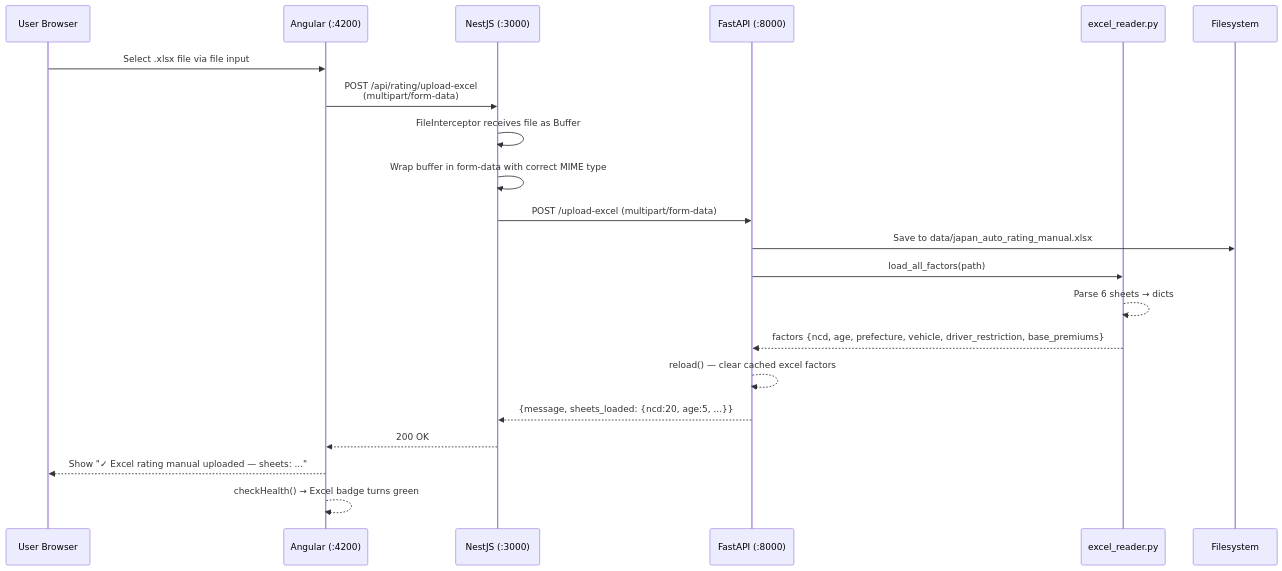
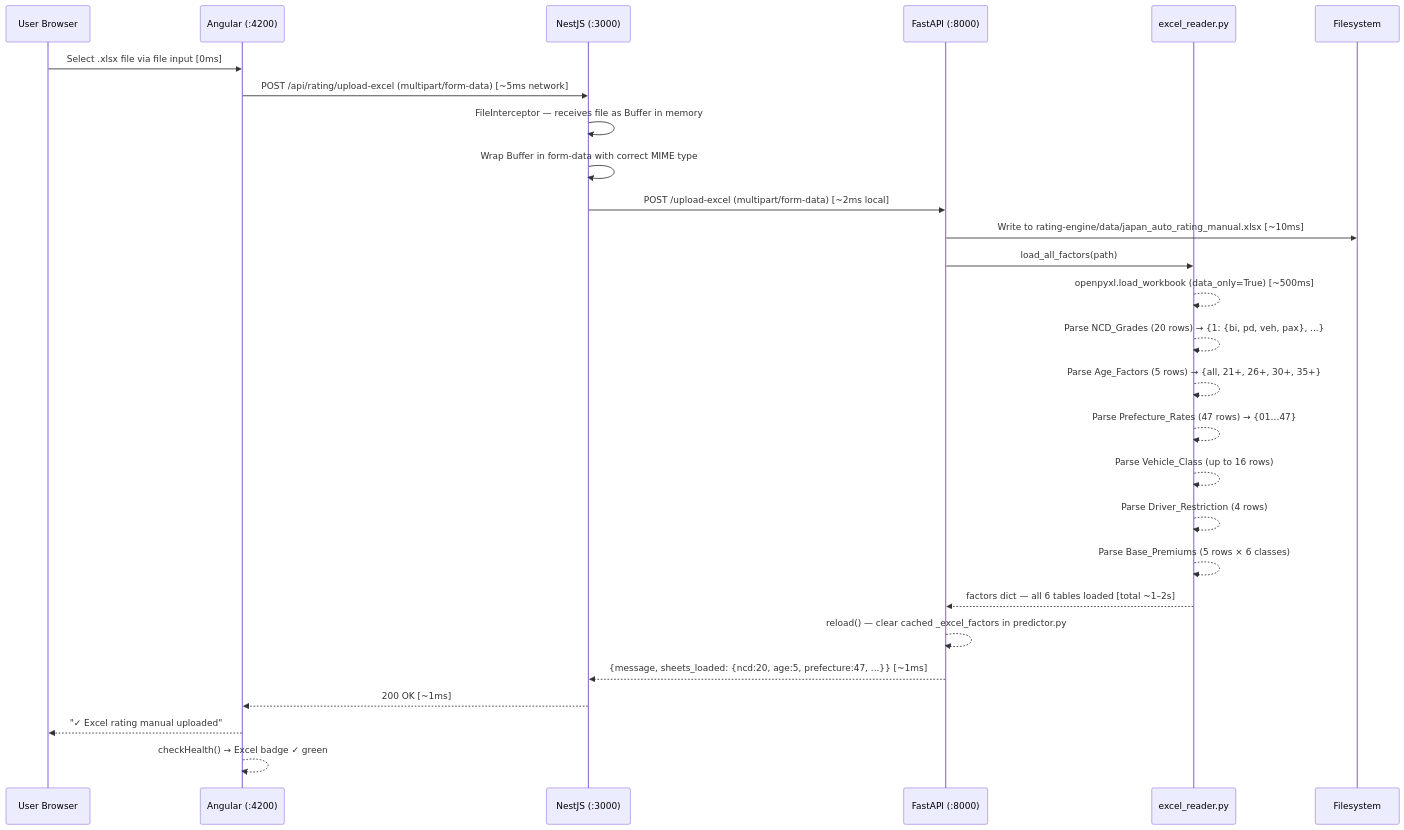
One commit to xiltepin/InsuranceAIPOCs changed the third of 5 diagrams in README.md. Above: the diagram before and after it, drawn with Mermaid. The commit also changed other lines of this file, not shown here.

Commit message:
issue/1: Update README diagrams — add DB path + timings to Train sequence, new component relationship flowchart

````diff
--- a/README.md
+++ b/README.md
@@ -1086,24 +1081,30 @@
 ```mermaid
 sequenceDiagram
     participant U as User Browser
     participant NG as Angular (:4200)
     participant NJ as NestJS (:3000)
     participant FA as FastAPI (:8000)
     participant EX as excel_reader.py
     participant FS as Filesystem
 
-    U->>NG: Select .xlsx file via file input
-    NG->>NJ: POST /api/rating/upload-excel<br/>(multipart/form-data)
-    NJ->>NJ: FileInterceptor receives file as Buffer
-    NJ->>NJ: Wrap buffer in form-data with correct MIME type
-    NJ->>FA: POST /upload-excel (multipart/form-data)
-    FA->>FS: Save to data/japan_auto_rating_manual.xlsx
+    U->>NG: Select .xlsx file via file input  [0ms]
+    NG->>NJ: POST /api/rating/upload-excel (multipart/form-data)  [~5ms network]
+    NJ->>NJ: FileInterceptor — receives file as Buffer in memory
+    NJ->>NJ: Wrap Buffer in form-data with correct MIME type
+    NJ->>FA: POST /upload-excel (multipart/form-data)  [~2ms local]
+    FA->>FS: Write to rating-engine/data/japan_auto_rating_manual.xlsx  [~10ms]
     FA->>EX: load_all_factors(path)
-    EX-->>EX: Parse 6 sheets → dicts
-    EX-->>FA: factors {ncd, age, prefecture, vehicle, driver_restriction, base_premiums}
-    FA-->>FA: reload() — clear cached excel factors
-    FA-->>NJ: {message, sheets_loaded: {ncd:20, age:5, ...}}
-    NJ-->>NG: 200 OK
-    NG-->>U: Show "✓ Excel rating manual uploaded — sheets: ..."
-    NG-->>NG: checkHealth() → Excel badge turns green
+    EX-->>EX: openpyxl.load_workbook (data_only=True)  [~500ms]
+    EX-->>EX: Parse NCD_Grades (20 rows) → {1: {bi, pd, veh, pax}, ...}
+    EX-->>EX: Parse Age_Factors (5 rows) → {all, 21+, 26+, 30+, 35+}
+    EX-->>EX: Parse Prefecture_Rates (47 rows) → {01…47}
+    EX-->>EX: Parse Vehicle_Class (up to 16 rows)
+    EX-->>EX: Parse Driver_Restriction (4 rows)
+    EX-->>EX: Parse Base_Premiums (5 rows × 6 classes)
+    EX-->>FA: factors dict — all 6 tables loaded  [total ~1–2s]
+    FA-->>FA: reload() — clear cached _excel_factors in predictor.py
+    FA-->>NJ: {message, sheets_loaded: {ncd:20, age:5, prefecture:47, ...}}  [~1ms]
+    NJ-->>NG: 200 OK  [~1ms]
+    NG-->>U: "✓ Excel rating manual uploaded"
+    NG-->>NG: checkHealth() → Excel badge ✓ green
 ```
````
